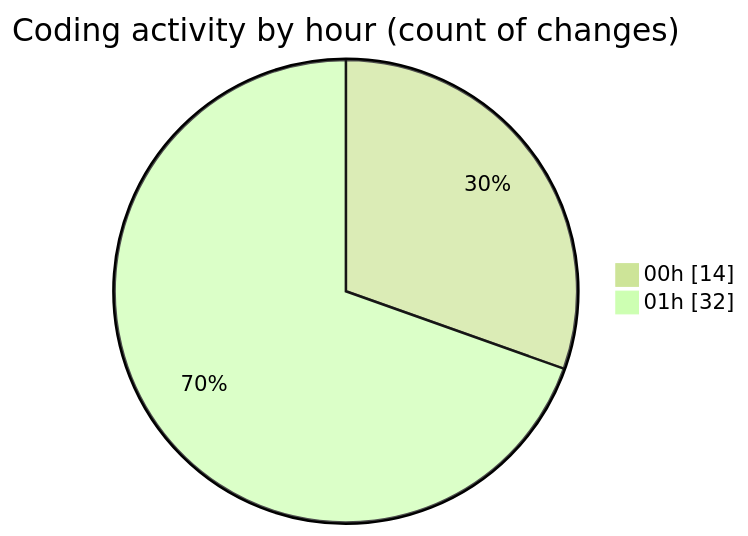
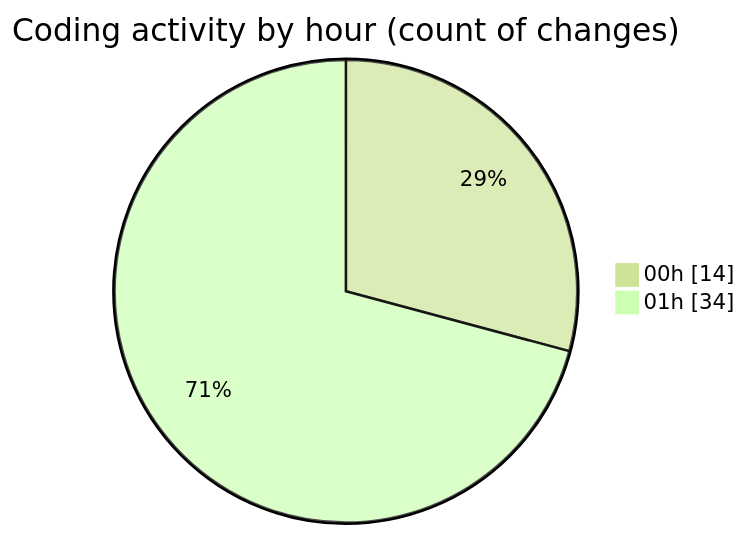
One commit to momahboobian/code-tracking changed the second of 2 diagrams in 2025-01-11/good-pr/README.md. Above: the diagram before and after it, drawn with Mermaid (forest theme). The commit also changed other lines of this file and 1 other file, not shown here.

````diff
--- a/2025-01-11/good-pr/README.md
+++ b/2025-01-11/good-pr/README.md
@@ -47,6 +47,6 @@
 ```mermaid
 pie showData
 title Coding activity by hour (count of changes)
 "00h" : 14
-"01h" : 32
+"01h" : 34
 ```
````
